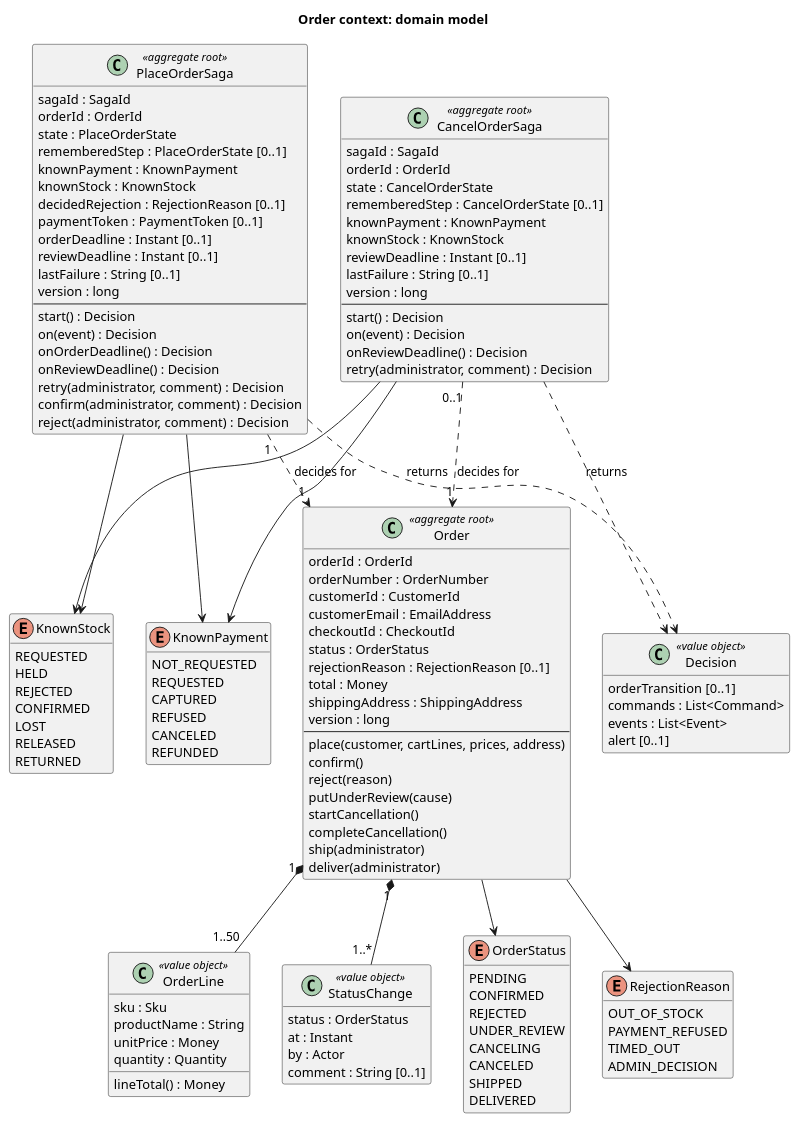
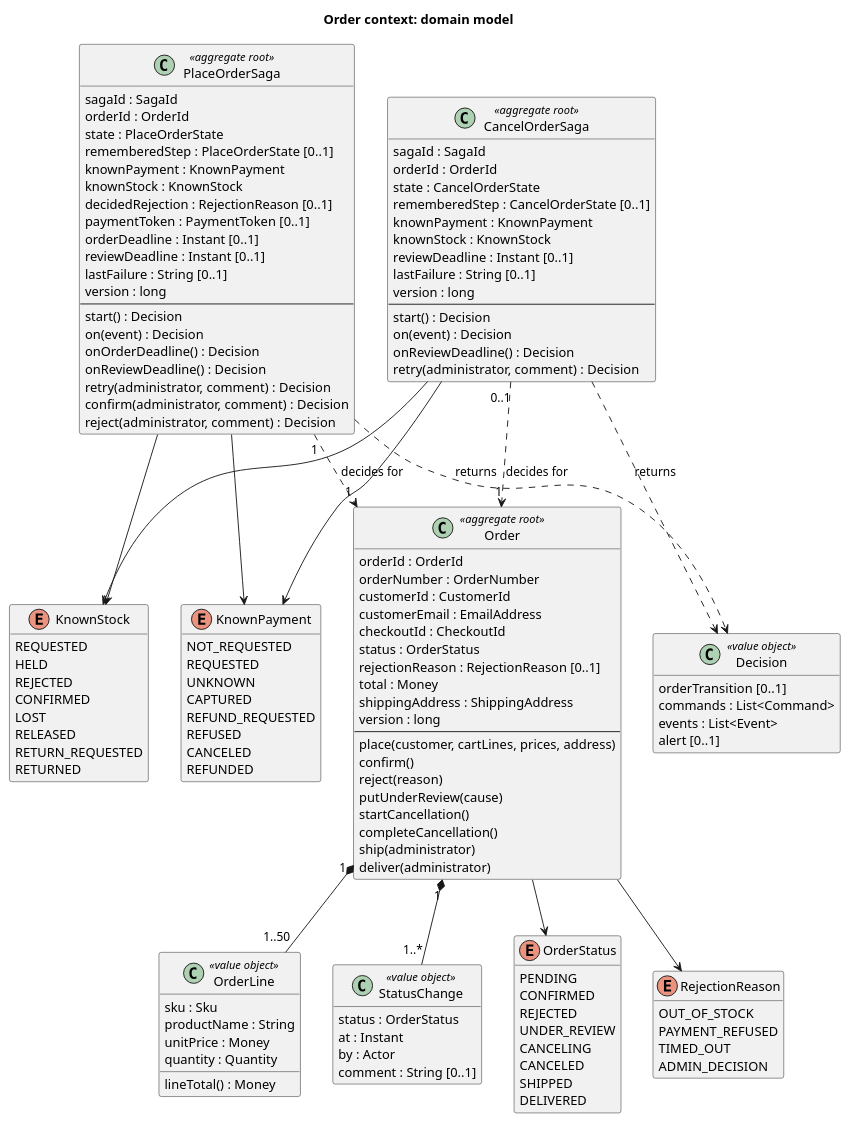
One commit to AxeloLabs/alten-commerce-platform changed the diagram in doc/2-spec/02-domain-design/diagrams/class-order.puml. Above: the diagram before and after it, drawn with PlantUML. The commit also changed 15 other files, not shown here.

```diff
--- a/doc/2-spec/02-domain-design/diagrams/class-order.puml
+++ b/doc/2-spec/02-domain-design/diagrams/class-order.puml
@@ -1,129 +1,132 @@
 @startuml
 title Order context: domain model
 hide empty members
 
 class Order <<aggregate root>> {
   orderId : OrderId
   orderNumber : OrderNumber
   customerId : CustomerId
   customerEmail : EmailAddress
   checkoutId : CheckoutId
   status : OrderStatus
   rejectionReason : RejectionReason [0..1]
   total : Money
   shippingAddress : ShippingAddress
   version : long
   --
   place(customer, cartLines, prices, address)
   confirm()
   reject(reason)
   putUnderReview(cause)
   startCancellation()
   completeCancellation()
   ship(administrator)
   deliver(administrator)
 }
 class OrderLine <<value object>> {
   sku : Sku
   productName : String
   unitPrice : Money
   quantity : Quantity
   lineTotal() : Money
 }
 class StatusChange <<value object>> {
   status : OrderStatus
   at : Instant
   by : Actor
   comment : String [0..1]
 }
 enum OrderStatus {
   PENDING
   CONFIRMED
   REJECTED
   UNDER_REVIEW
   CANCELING
   CANCELED
   SHIPPED
   DELIVERED
 }
 enum RejectionReason {
   OUT_OF_STOCK
   PAYMENT_REFUSED
   TIMED_OUT
   ADMIN_DECISION
 }
 class PlaceOrderSaga <<aggregate root>> {
   sagaId : SagaId
   orderId : OrderId
   state : PlaceOrderState
   rememberedStep : PlaceOrderState [0..1]
   knownPayment : KnownPayment
   knownStock : KnownStock
   decidedRejection : RejectionReason [0..1]
   paymentToken : PaymentToken [0..1]
   orderDeadline : Instant [0..1]
   reviewDeadline : Instant [0..1]
   lastFailure : String [0..1]
   version : long
   --
   start() : Decision
   on(event) : Decision
   onOrderDeadline() : Decision
   onReviewDeadline() : Decision
   retry(administrator, comment) : Decision
   confirm(administrator, comment) : Decision
   reject(administrator, comment) : Decision
 }
 class CancelOrderSaga <<aggregate root>> {
   sagaId : SagaId
   orderId : OrderId
   state : CancelOrderState
   rememberedStep : CancelOrderState [0..1]
   knownPayment : KnownPayment
   knownStock : KnownStock
   reviewDeadline : Instant [0..1]
   lastFailure : String [0..1]
   version : long
   --
   start() : Decision
   on(event) : Decision
   onReviewDeadline() : Decision
   retry(administrator, comment) : Decision
 }
 enum KnownPayment {
   NOT_REQUESTED
   REQUESTED
+  UNKNOWN
   CAPTURED
+  REFUND_REQUESTED
   REFUSED
   CANCELED
   REFUNDED
 }
 enum KnownStock {
   REQUESTED
   HELD
   REJECTED
   CONFIRMED
   LOST
   RELEASED
+  RETURN_REQUESTED
   RETURNED
 }
 class Decision <<value object>> {
   orderTransition [0..1]
   commands : List<Command>
   events : List<Event>
   alert [0..1]
 }
 
 Order "1" *-- "1..50" OrderLine
 Order "1" *-- "1..*" StatusChange
 Order --> OrderStatus
 Order --> RejectionReason
 PlaceOrderSaga "1" ..> "1" Order : decides for
 CancelOrderSaga "0..1" ..> "1" Order : decides for
 PlaceOrderSaga ..> Decision : returns
 CancelOrderSaga ..> Decision : returns
 PlaceOrderSaga --> KnownPayment
 PlaceOrderSaga --> KnownStock
 CancelOrderSaga --> KnownPayment
 CancelOrderSaga --> KnownStock
 @enduml
```
